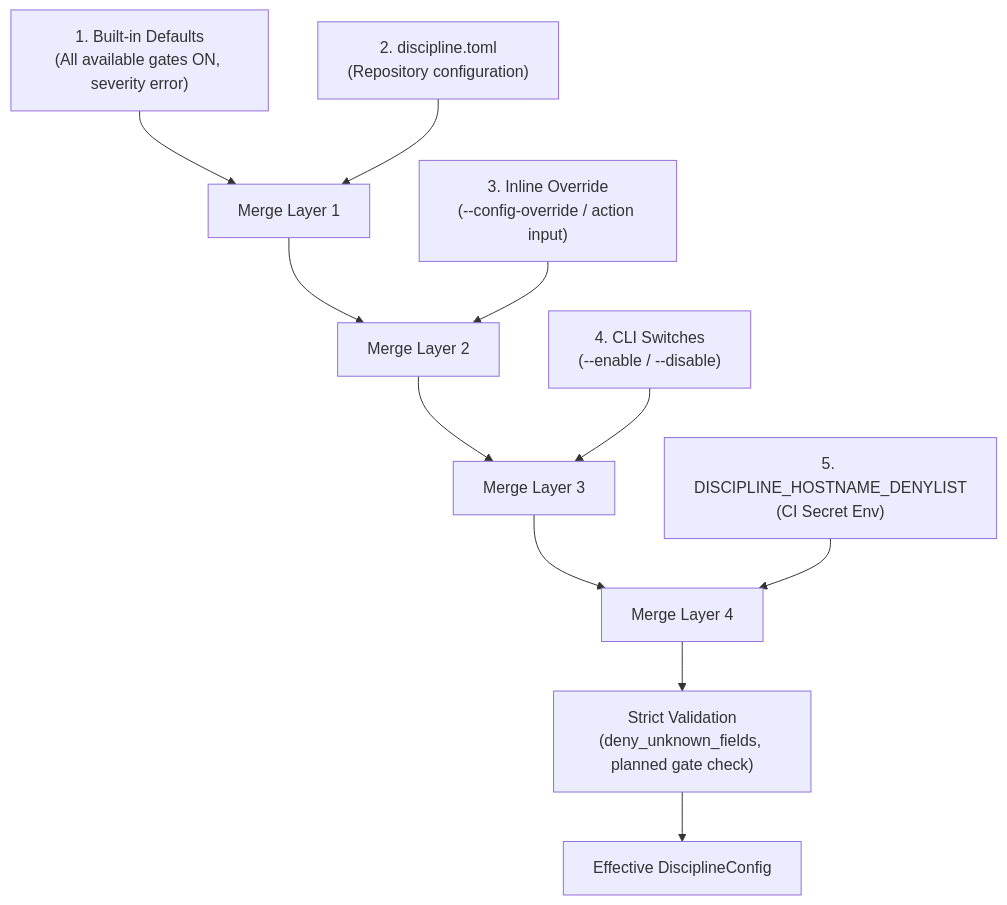
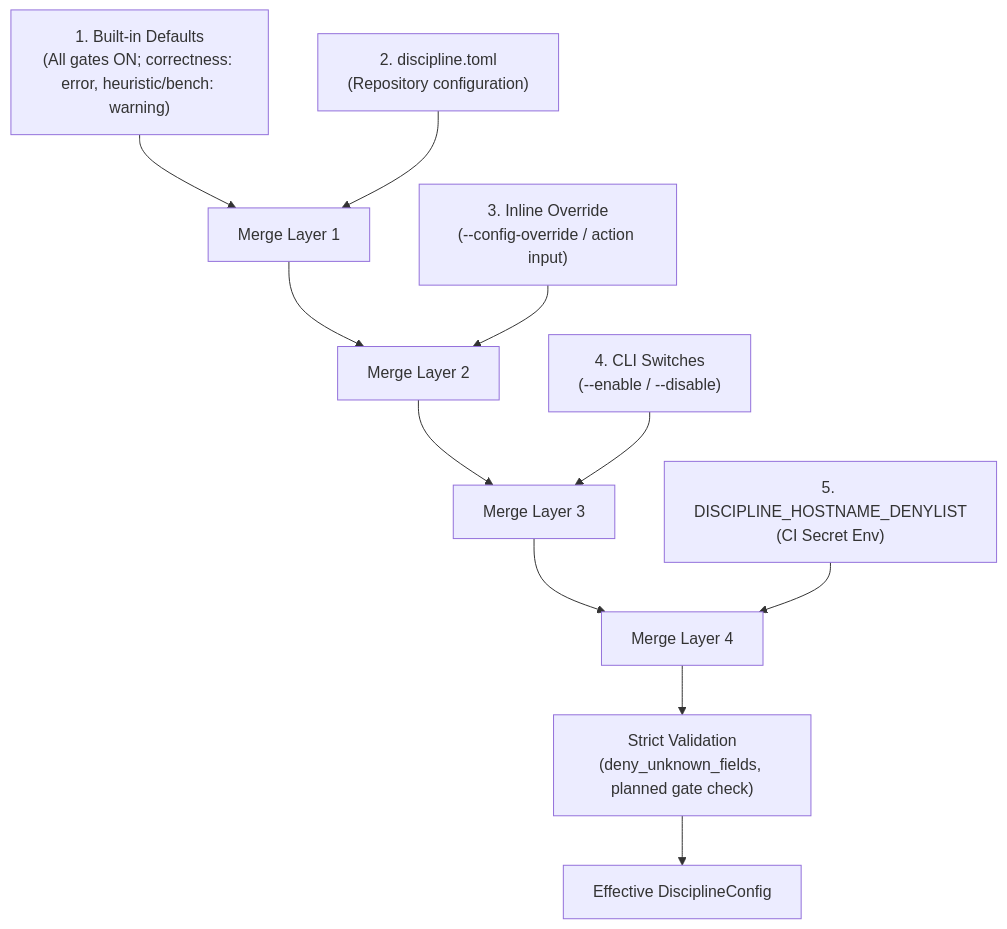
The second of 4 diagrams in docs/ARCHITECTURE.md (actions-marketplace-validations/orieg_discipline), drawn with Mermaid before and after one commit. The commit also changed other lines of this file and 30 other files, not shown here.

````diff
--- a/docs/ARCHITECTURE.md
+++ b/docs/ARCHITECTURE.md
@@ -86,13 +86,13 @@
 ```mermaid
 flowchart TD
-    D["1. Built-in Defaults<br/>(All available gates ON, severity error)"] --> M1["Merge Layer 1"]
+    D["1. Built-in Defaults<br/>(All gates ON; correctness: error, heuristic/bench: warning)"] --> M1["Merge Layer 1"]
     F["2. discipline.toml<br/>(Repository configuration)"] --> M1
     M1 --> M2["Merge Layer 2"]
     O["3. Inline Override<br/>(--config-override / action input)"] --> M2
     M2 --> M3["Merge Layer 3"]
     CLI["4. CLI Switches<br/>(--enable / --disable)"] --> M3
     M3 --> M4["Merge Layer 4"]
     ENV["5. DISCIPLINE_HOSTNAME_DENYLIST<br/>(CI Secret Env)"] --> M4
     M4 --> VAL["Strict Validation<br/>(deny_unknown_fields, planned gate check)"]
     VAL --> CFG["Effective DisciplineConfig"]
 ```
````
